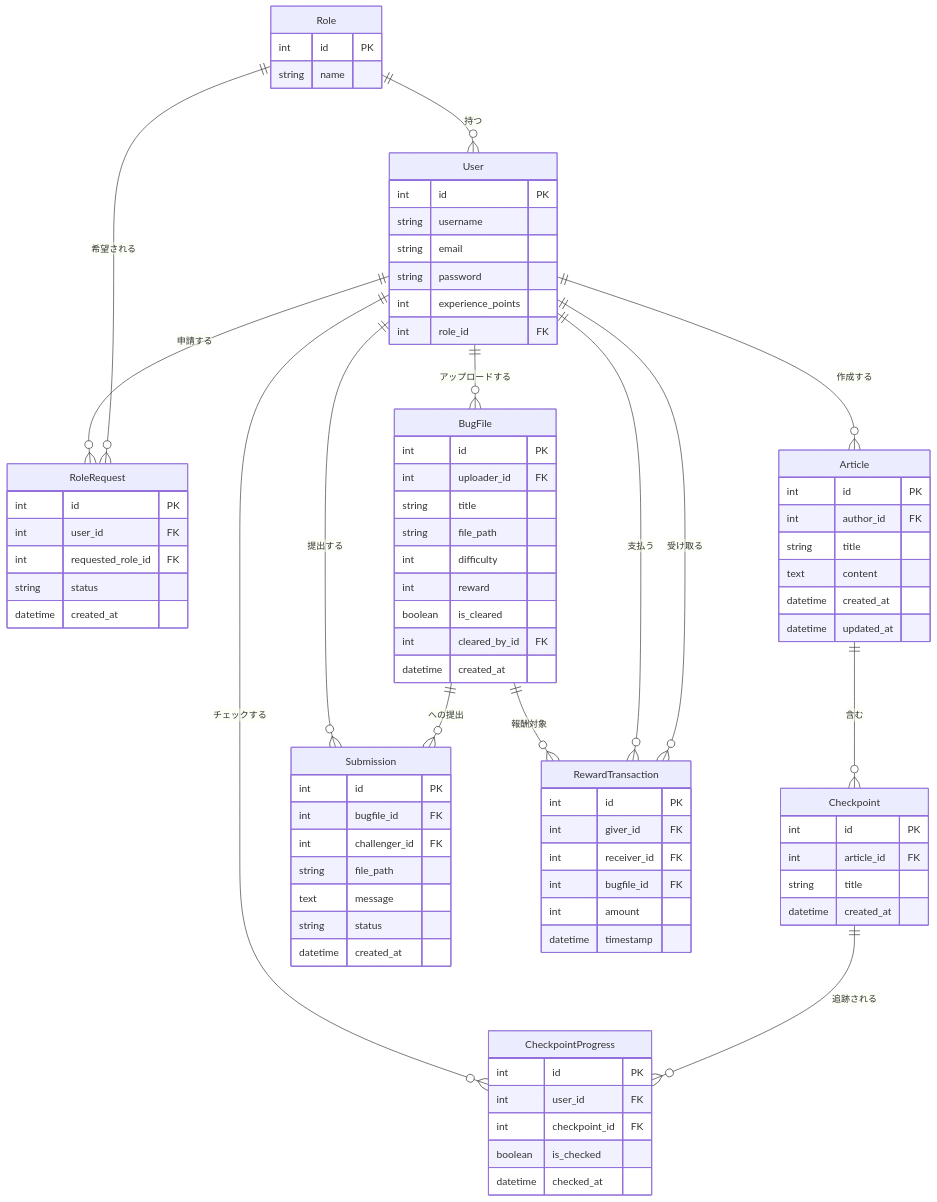
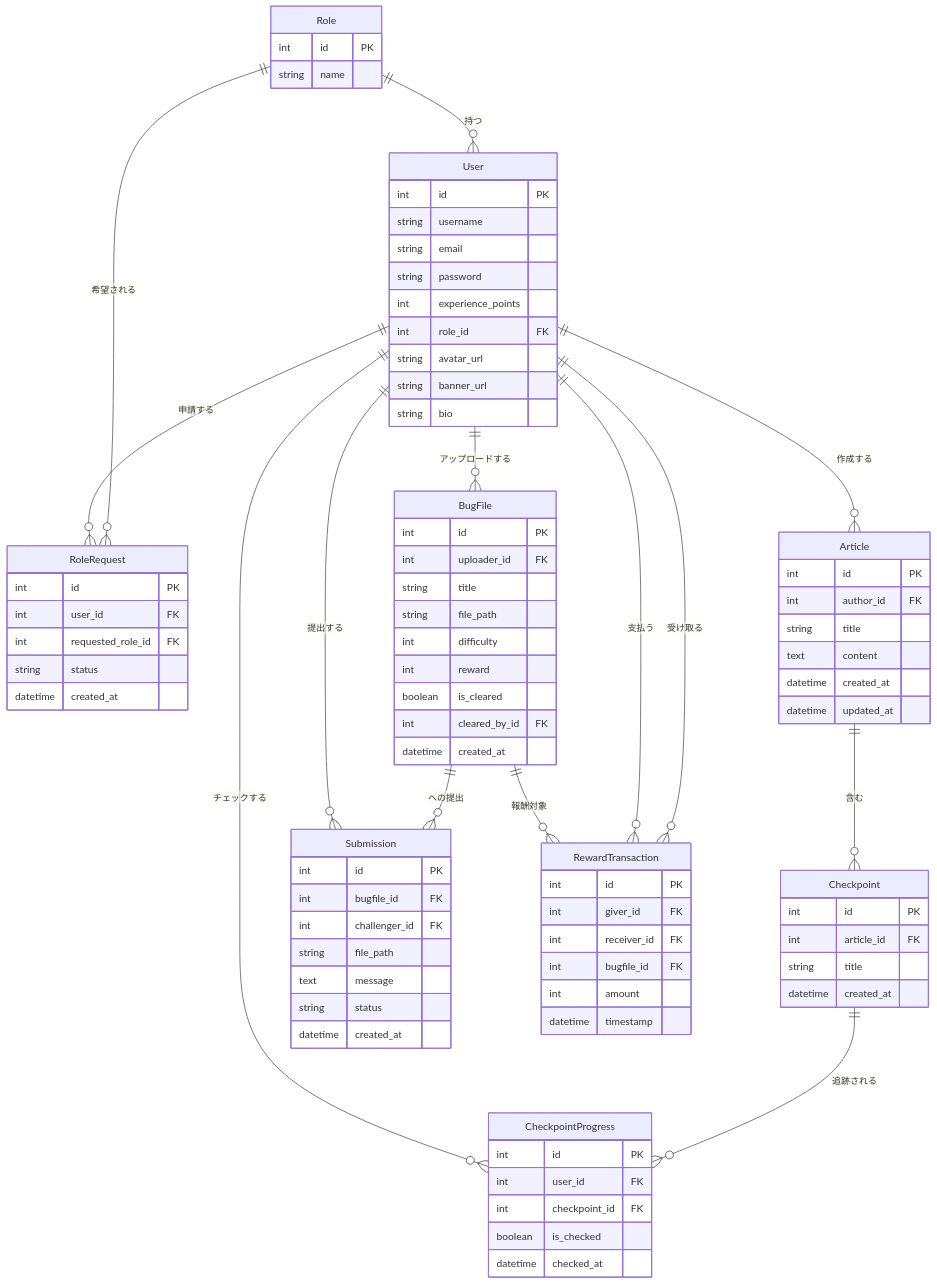
Before and after one commit to yoshiyukisato0304/kdg_2026: the diagram in ER図/er_diagram.md, drawn with Mermaid.

Commit message:
userテーブルにプロフィール画像等を追加できるよう変更した

```diff
--- a/ER図/er_diagram.md
+++ b/ER図/er_diagram.md
@@ -8,6 +8,12 @@
         string password
         int experience_points
         int role_id FK
+        string avatar_url      
+        %% プロフィール画像
+        string banner_url      
+        %% バナー画像
+        string bio             
+        %% 一言コメント
     }
 
     Role {
```
